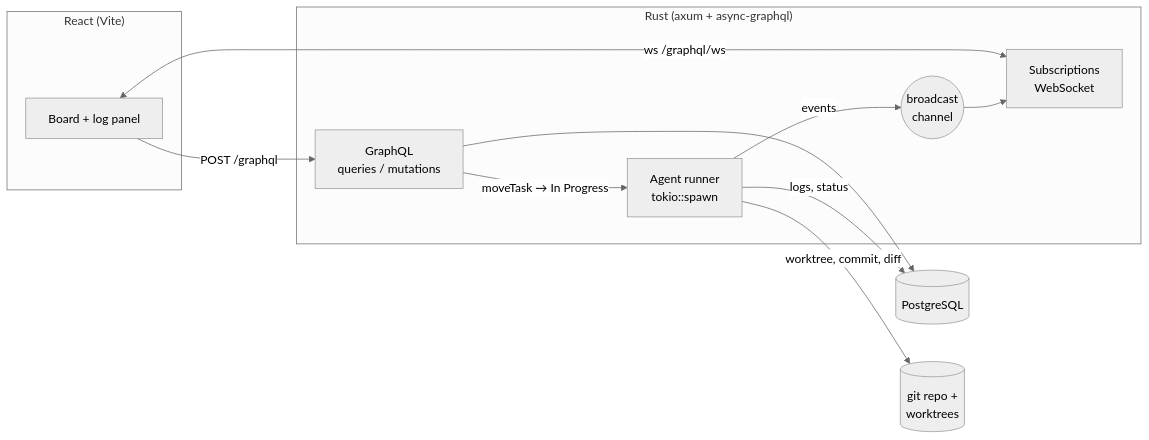
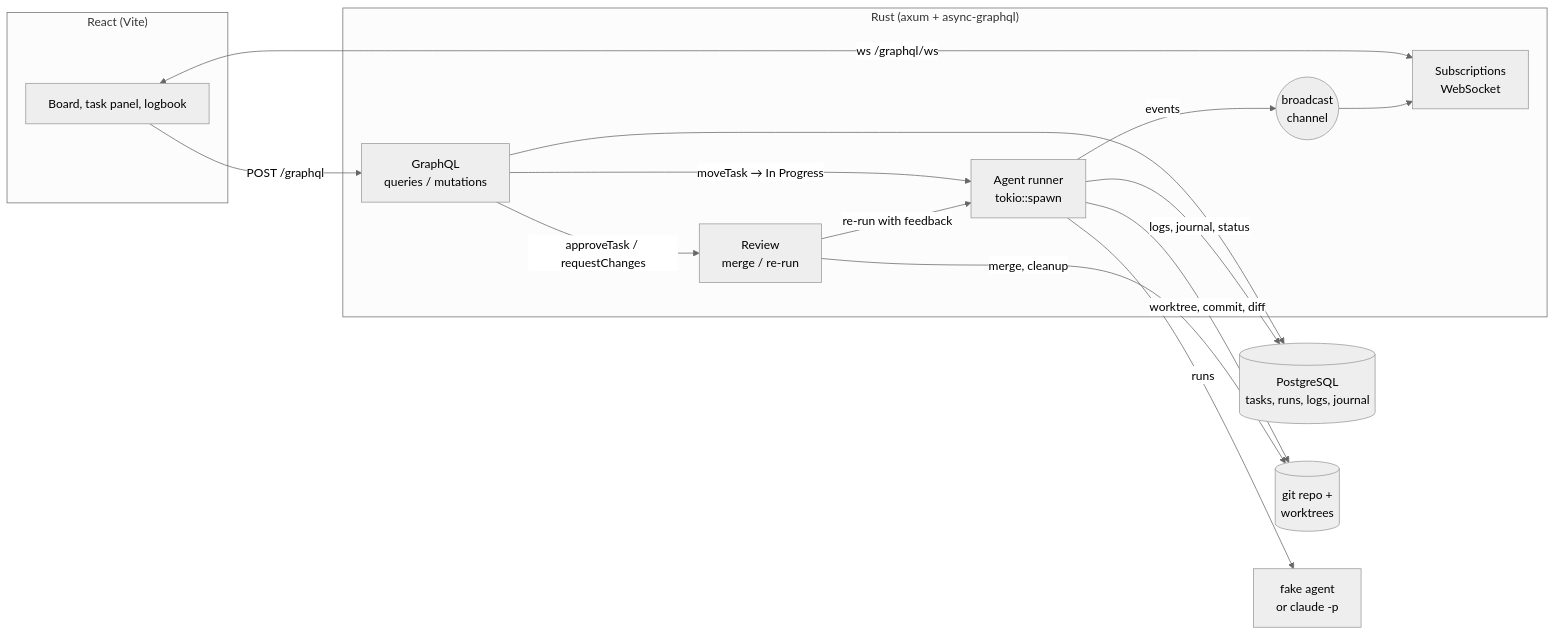
Before and after one commit to YiJun12345/kanban-agents: the first of 2 diagrams in README.md, drawn with Mermaid (neutral theme). The commit also changed other lines of this file and 1 other file, not shown here.

Commit message:
Docs: README and study guide for the journal, review flow and agents

````diff
--- a/README.md
+++ b/README.md
@@ -31,22 +44,28 @@
 ```mermaid
 flowchart LR
     subgraph Browser["React (Vite)"]
-        UI[Board + log panel]
+        UI[Board, task panel, logbook]
     end
     subgraph Backend["Rust (axum + async-graphql)"]
         GQL[GraphQL<br/>queries / mutations]
         SUB[Subscriptions<br/>WebSocket]
         BUS((broadcast<br/>channel))
         AG[Agent runner<br/>tokio::spawn]
+        RV[Review<br/>merge / re-run]
     end
-    DB[(PostgreSQL)]
+    DB[(PostgreSQL<br/>tasks, runs, logs, journal)]
     GIT[(git repo +<br/>worktrees)]
+    CLI[fake agent<br/>or claude -p]
 
     UI -- "POST /graphql" --> GQL
     UI <-- "ws /graphql/ws" --> SUB
     GQL --> DB
     GQL -- "moveTask → In Progress" --> AG
-    AG -- "logs, status" --> DB
+    GQL -- "approveTask / requestChanges" --> RV
+    AG -- "runs" --> CLI
+    AG -- "logs, journal, status" --> DB
     AG -- "events" --> BUS --> SUB
     AG -- "worktree, commit, diff" --> GIT
+    RV -- "merge, cleanup" --> GIT
+    RV -- "re-run with feedback" --> AG
 ```
````
